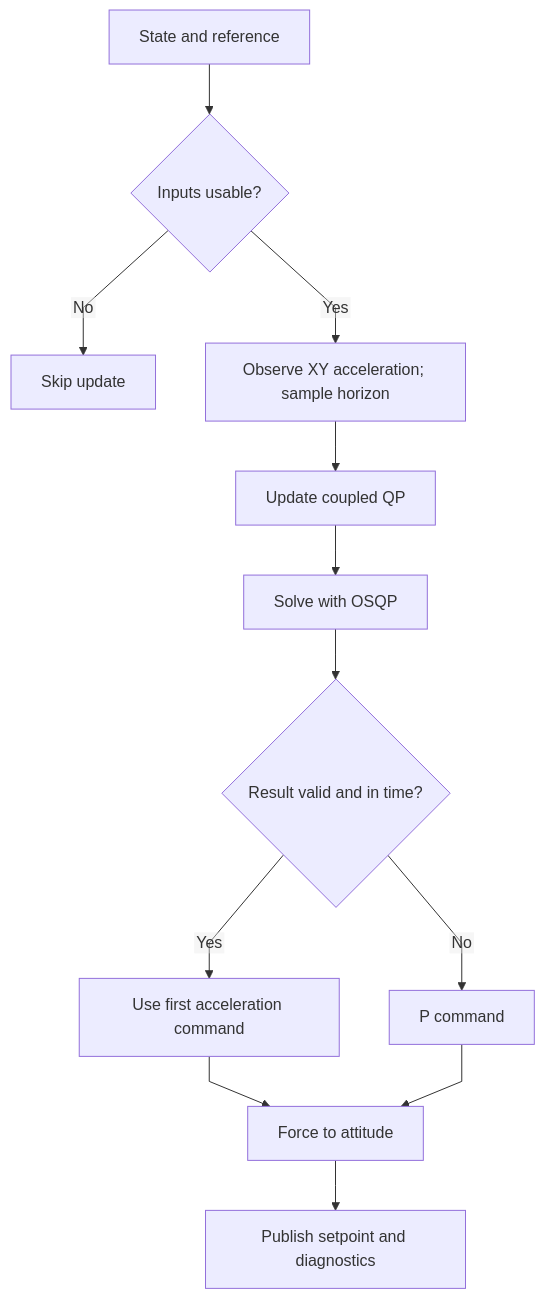
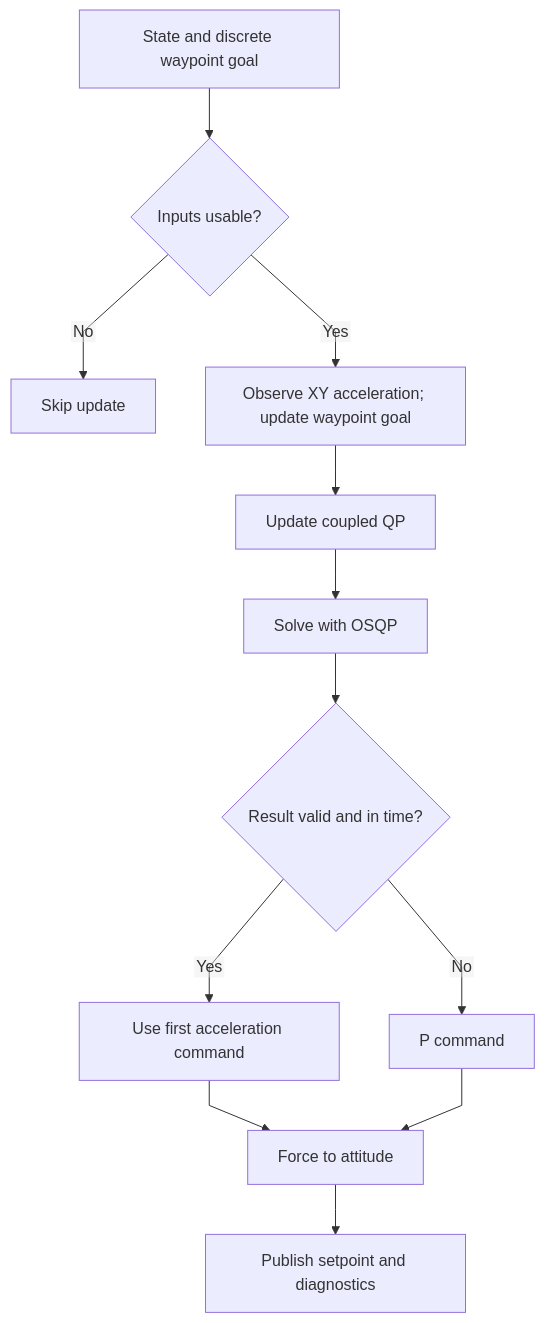
The second of 2 diagrams in README.md (bluemoonfake/mpc_control), drawn with Mermaid before and after one commit. The commit also changed other lines of this file and 43 other files, not shown here.

````diff
--- a/README.md
+++ b/README.md
@@ -46,15 +49,15 @@
 ```mermaid
 %%{init: {"flowchart": {"curve": "linear", "htmlLabels": false}}}%%
 flowchart TD
-    Input["State and reference"] --> Gate{"Inputs usable?"}
+    Input["State and discrete waypoint goal"] --> Gate{"Inputs usable?"}
     Gate -->|No| Skip["Skip update"]
-    Gate -->|Yes| Prepare["Observe XY acceleration; sample horizon"]
+    Gate -->|Yes| Prepare["Observe XY acceleration; update waypoint goal"]
     Prepare --> QP["Update coupled QP"]
     QP --> Solve["Solve with OSQP"]
     Solve --> Check{"Result valid and in time?"}
     Check -->|Yes| Command["Use first acceleration command"]
     Check -->|No| Recovery["P command"]
     Command --> Map["Force to attitude"]
     Recovery --> Map
     Map --> Publish["Publish setpoint and diagnostics"]
 ```
````
